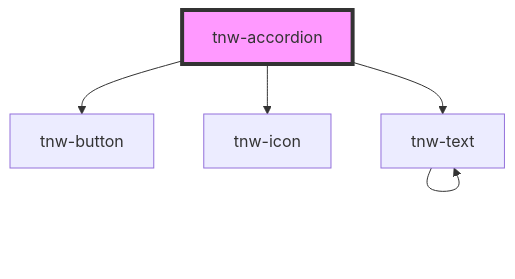
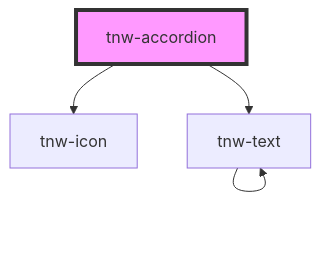
One commit to technway/technway-component-library changed the diagram in packages/stencil-library/src/components/tnw-accordion/readme.md. Above: the diagram before and after it, drawn with Mermaid. The commit also changed other lines of this file and 5 other files, not shown here.

Commit message:
refactor(tnw-accordion): use button instead of tnw-button

````diff
--- a/packages/stencil-library/src/components/tnw-accordion/readme.md
+++ b/packages/stencil-library/src/components/tnw-accordion/readme.md
@@ -106,8 +105,7 @@
 ```mermaid
 graph TD;
-  tnw-accordion --> tnw-button
   tnw-accordion --> tnw-icon
   tnw-accordion --> tnw-text
   tnw-text --> tnw-text
   style tnw-accordion fill:#f9f,stroke:#333,stroke-width:4px
 ```
````
